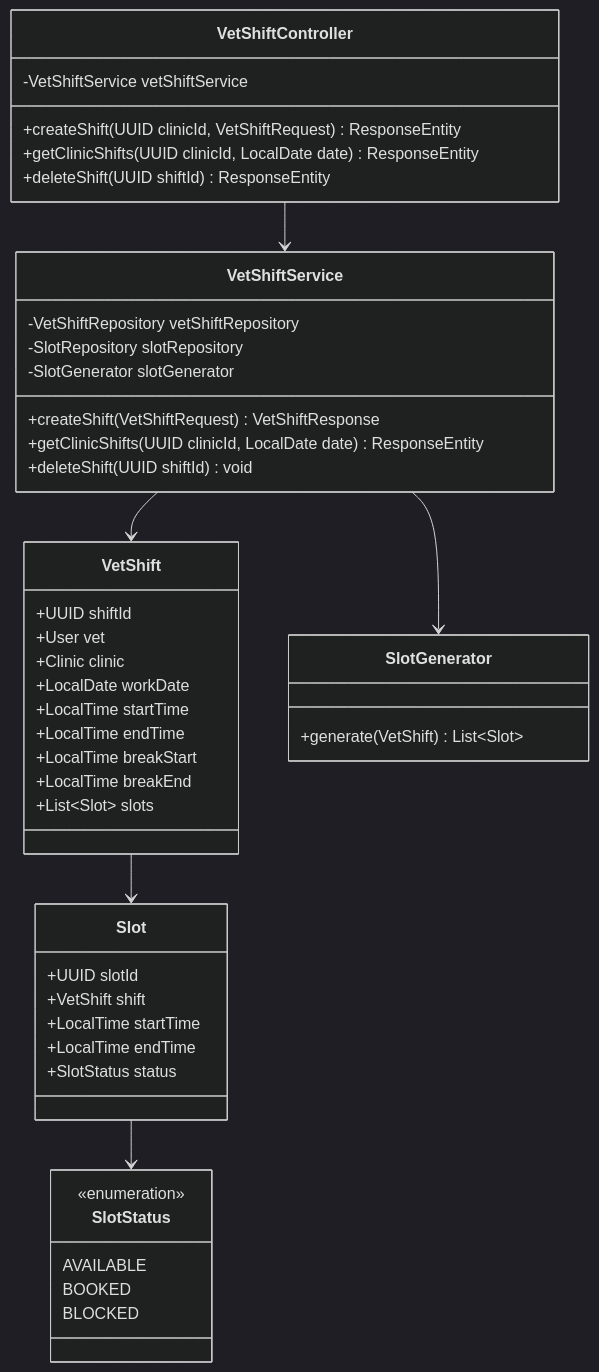
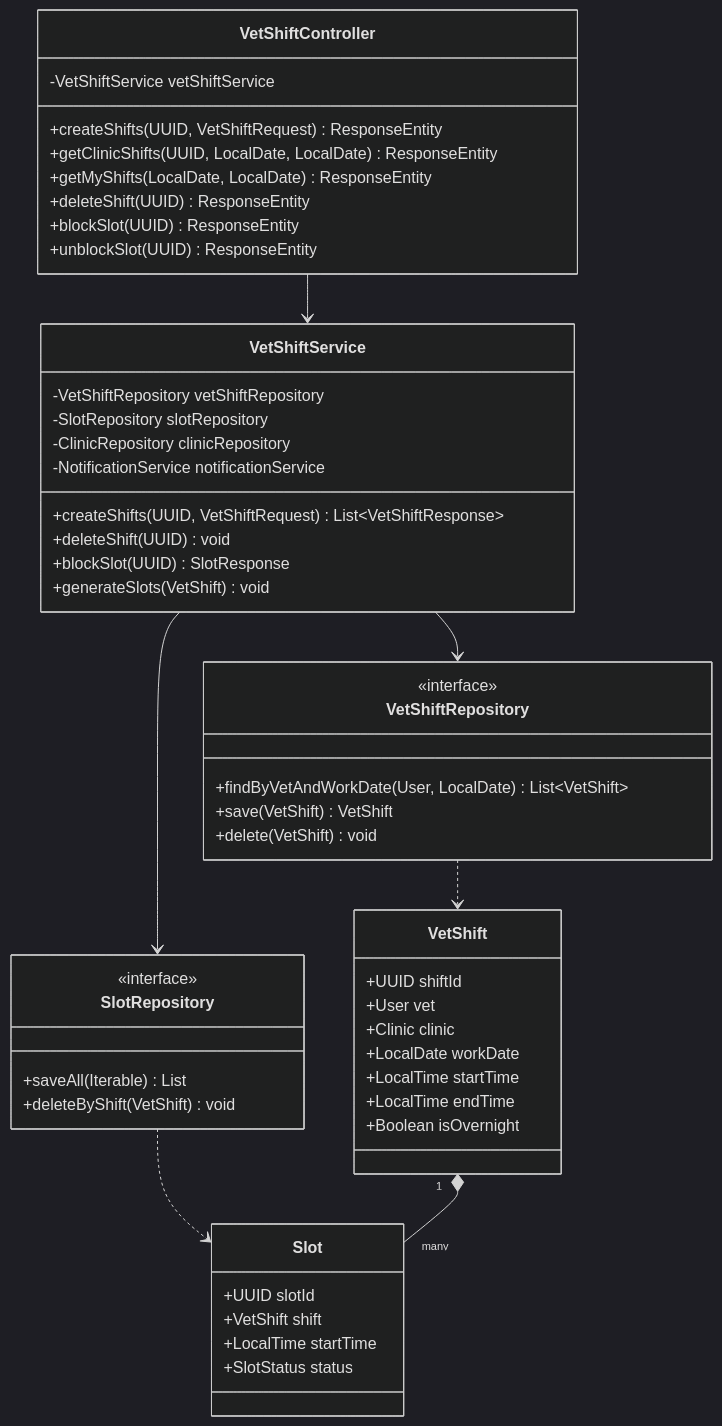
One commit to espresso23/Petties-Veterinary-Appointment-Booking-Platform changed diagram 28 of 40 in docs-references/documentation/SDD/REPORT_4_SDD_SYSTEM_DESIGN.md. Above: the diagram before and after it, drawn with Mermaid (dark theme). The commit also changed other lines of this file and 132 other files, not shown here.

Commit message:
feat: implement VetShift scheduling, real-time notifications (SSE/FCM), and UI improvements

````diff
--- a/docs-references/documentation/SDD/REPORT_4_SDD_SYSTEM_DESIGN.md
+++ b/docs-references/documentation/SDD/REPORT_4_SDD_SYSTEM_DESIGN.md
@@ -1511,56 +1928,60 @@
 ```mermaid
 classDiagram
     class VetShiftController {
         -VetShiftService vetShiftService
-        +createShift(UUID clinicId, VetShiftRequest) ResponseEntity
-        +getClinicShifts(UUID clinicId, LocalDate date) ResponseEntity
-        +deleteShift(UUID shiftId) ResponseEntity
+        +createShifts(UUID, VetShiftRequest) ResponseEntity
+        +getClinicShifts(UUID, LocalDate, LocalDate) ResponseEntity
+        +getMyShifts(LocalDate, LocalDate) ResponseEntity
+        +deleteShift(UUID) ResponseEntity
+        +blockSlot(UUID) ResponseEntity
+        +unblockSlot(UUID) ResponseEntity
     }
 
     class VetShiftService {
         -VetShiftRepository vetShiftRepository
         -SlotRepository slotRepository
-        -SlotGenerator slotGenerator
-        +createShift(VetShiftRequest) VetShiftResponse
-        +getClinicShifts(UUID clinicId, LocalDate date) ResponseEntity
-        +deleteShift(UUID shiftId) void
+        -ClinicRepository clinicRepository
+        -NotificationService notificationService
+        +createShifts(UUID, VetShiftRequest) List~VetShiftResponse~
+        +deleteShift(UUID) void
+        +blockSlot(UUID) SlotResponse
+        +generateSlots(VetShift) void
     }
 
+    class VetShiftRepository {
+        <<interface>>
+        +findByVetAndWorkDate(User, LocalDate) List~VetShift~
+        +save(VetShift) VetShift
+        +delete(VetShift) void
+    }
+
+    class SlotRepository {
+        <<interface>>
+        +saveAll(Iterable) List
+        +deleteByShift(VetShift) void
+    }
 
     class VetShift {
         +UUID shiftId
         +User vet
         +Clinic clinic
         +LocalDate workDate
         +LocalTime startTime
         +LocalTime endTime
-        +LocalTime breakStart
-        +LocalTime breakEnd
-        +List~Slot~ slots
+        +Boolean isOvernight
     }
 
     class Slot {
         +UUID slotId
         +VetShift shift
         +LocalTime startTime
-        +LocalTime endTime
         +SlotStatus status
     }
 
-    class SlotGenerator {
-        +generate(VetShift) List~Slot~
-    }
-
-    class SlotStatus {
-        <<enumeration>>
-        AVAILABLE
-        BOOKED
-        BLOCKED
-    }
-
     VetShiftController --> VetShiftService
-    VetShiftService --> VetShift
-    VetShiftService --> SlotGenerator
-    VetShift --> Slot
-    Slot --> SlotStatus
+    VetShiftService --> VetShiftRepository
+    VetShiftService --> SlotRepository
+    VetShiftRepository ..> VetShift
+    SlotRepository ..> Slot
+    VetShift "1" *-- "many" Slot
 ```
````
